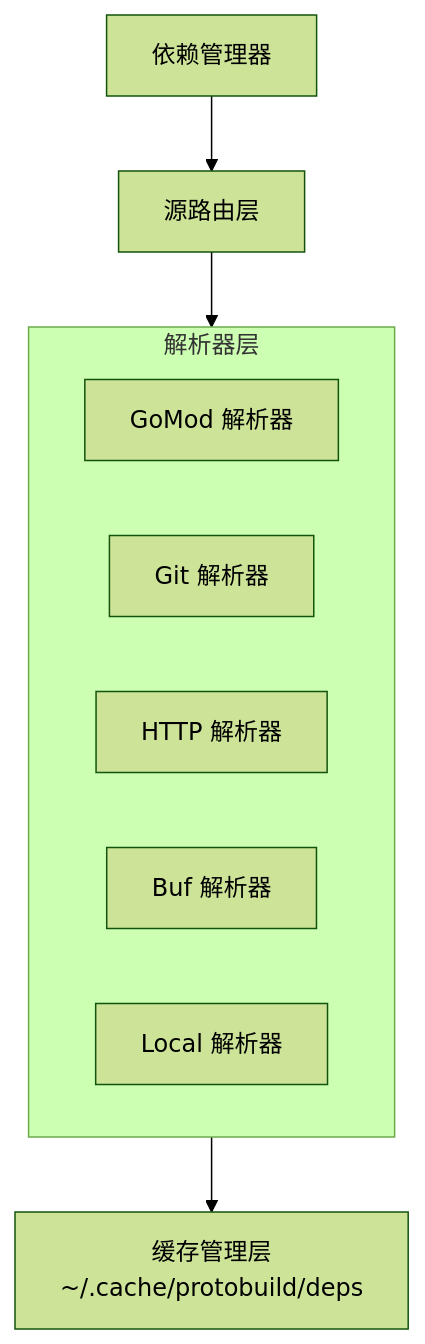
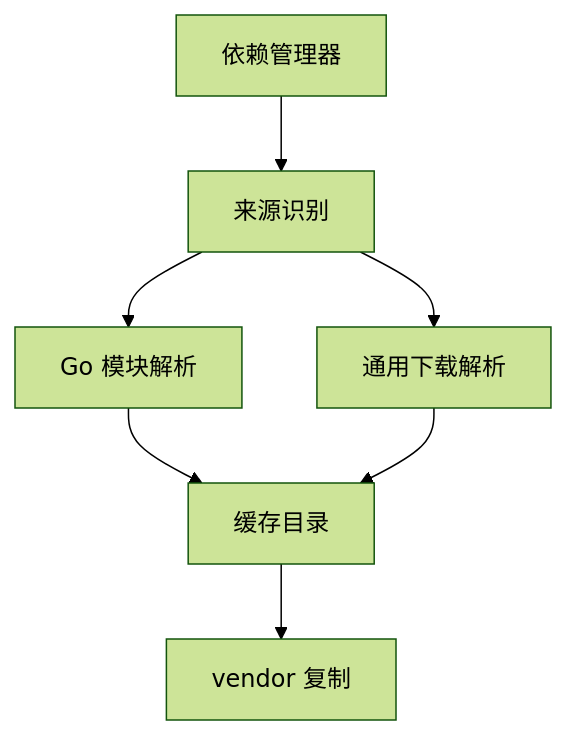
One commit to pubgo/protobuild changed the first of 3 diagrams in docs/MULTI_SOURCE_DEPS.md. Above: the diagram before and after it, drawn with Mermaid (forest theme). The commit also changed other lines of this file and 9 other files, not shown here.

````diff
--- a/docs/MULTI_SOURCE_DEPS.md
+++ b/docs/MULTI_SOURCE_DEPS.md
@@ -57,15 +28,16 @@
 ```mermaid
 flowchart TB
-  MGR[依赖管理器]
-  ROUTER[源路由层]
-  subgraph RES[解析器层]
-    GM[GoMod 解析器]
-    GIT[Git 解析器]
-    HTTP[HTTP 解析器]
-    BUF[Buf 解析器]
-    LOCAL[Local 解析器]
-  end
-  CACHE[缓存管理层<br/>~/.cache/protobuild/deps]
+  M[依赖管理器]
+  D[来源识别]
+  R1[Go 模块解析]
+  R2[通用下载解析]
+  C[缓存目录]
+  V[vendor 复制]
 
-  MGR --> ROUTER --> RES --> CACHE
+  M --> D
+  D --> R1
+  D --> R2
+  R1 --> C
+  R2 --> C
+  C --> V
 ```
````
